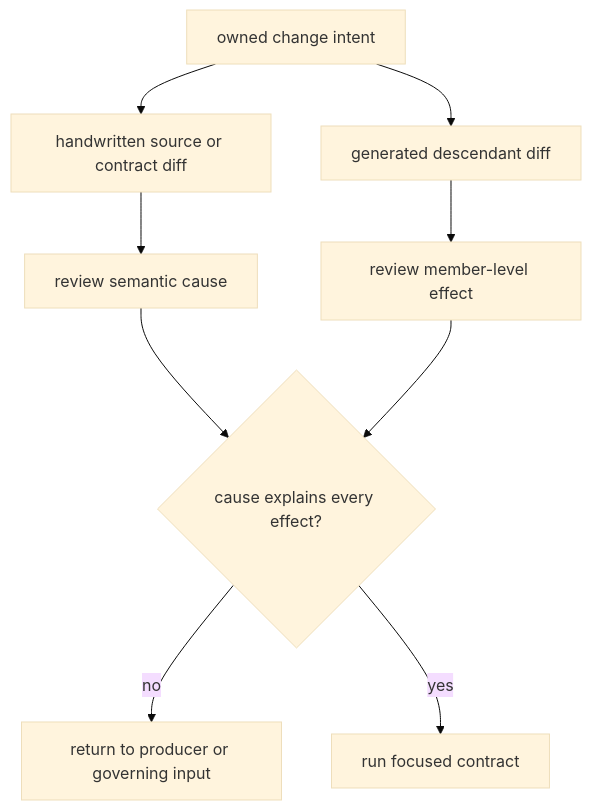
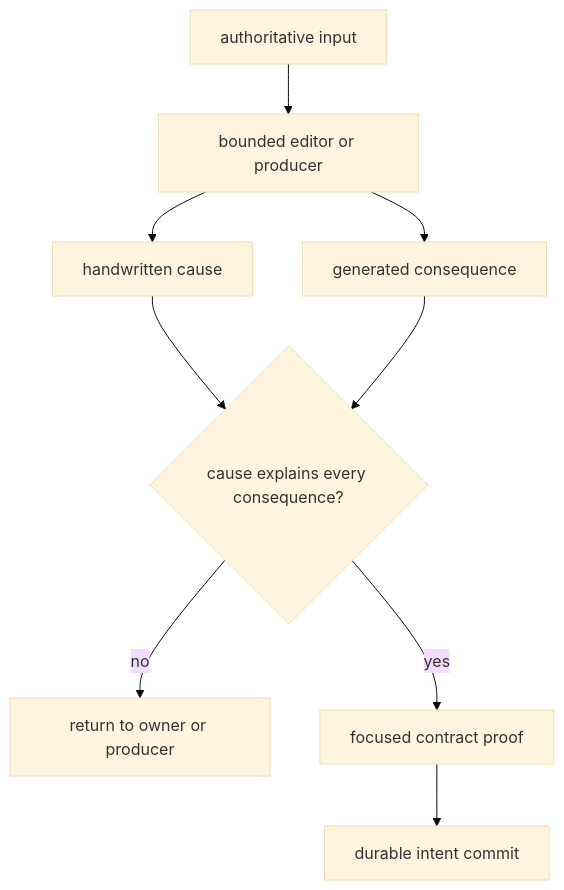
The diagram in docs/internal/maintain/index.md (bijux/bijux-pollenomics), drawn with Mermaid (base theme) before and after one commit. The commit also changed other lines of this file and 3 other files, not shown here.

````diff
--- a/docs/internal/maintain/index.md
+++ b/docs/internal/maintain/index.md
@@ -83,11 +59,11 @@
 ```mermaid
-flowchart TB
-    Intent["owned change intent"] --> Handwritten["handwritten source or contract diff"]
-    Intent --> Generated["generated descendant diff"]
-    Handwritten --> Cause["review semantic cause"]
-    Generated --> Effect["review member-level effect"]
-    Cause --> Agreement{"cause explains every effect?"}
-    Effect --> Agreement
-    Agreement -->|no| Owner["return to producer or governing input"]
-    Agreement -->|yes| Proof["run focused contract"]
+flowchart TD
+    Owner["authoritative input"] --> Producer["bounded editor or producer"]
+    Producer --> Handwritten["handwritten cause"]
+    Producer --> Generated["generated consequence"]
+    Handwritten --> Agreement{"cause explains every consequence?"}
+    Generated --> Agreement
+    Agreement -->|no| Investigate["return to owner or producer"]
+    Agreement -->|yes| Validate["focused contract proof"]
+    Validate --> Commit["durable intent commit"]
 ```
````
